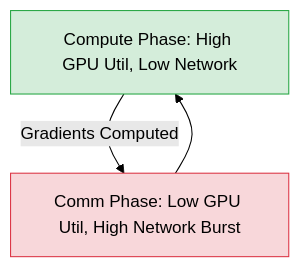
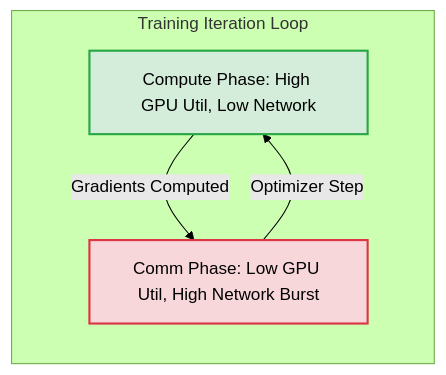
The first of 4 diagrams in docs/volume-05/01-ai-workloads-training-masterclass.md (jithinpnjm/nvidia-devops), drawn with Mermaid (forest theme) before and after one commit. The commit also changed other lines of this file and 110 other files, not shown here.

Commit message:
docs(volume-1-10): complete second-pass refinement of formatting, visual diagrams, and code snippets

````diff
--- a/docs/volume-05/01-ai-workloads-training-masterclass.md
+++ b/docs/volume-05/01-ai-workloads-training-masterclass.md
@@ -69,7 +73,15 @@
 ```mermaid
-graph TD
-    A[Compute Phase: High GPU Util, Low Network] -->|Gradients Computed| B[Comm Phase: Low GPU Util, High Network Burst]
-    B --> A
-    style A fill:#d4edda,stroke:#28a745
-    style B fill:#f8d7da,stroke:#dc3545
+flowchart TD
+    subgraph "Training Iteration Loop"
+        direction TB
+        A["Compute Phase: High GPU Util, Low Network"]
+        B["Comm Phase: Low GPU Util, High Network Burst"]
+        A -- "Gradients Computed" --> B
+        B -- "Optimizer Step" --> A
+    end
+    
+    classDef compute fill:#d4edda,stroke:#28a745,stroke-width:2px;
+    classDef comm fill:#f8d7da,stroke:#dc3545,stroke-width:2px;
+    class A compute;
+    class B comm;
 ```
````
